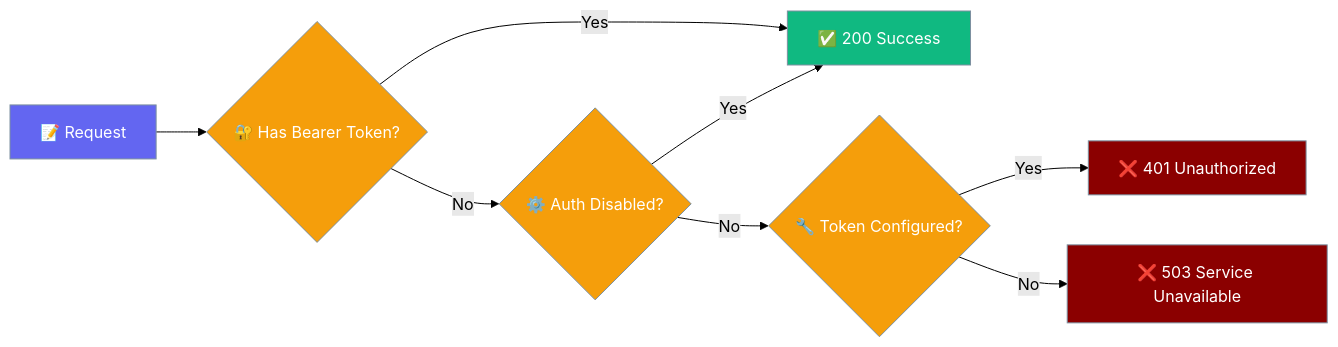
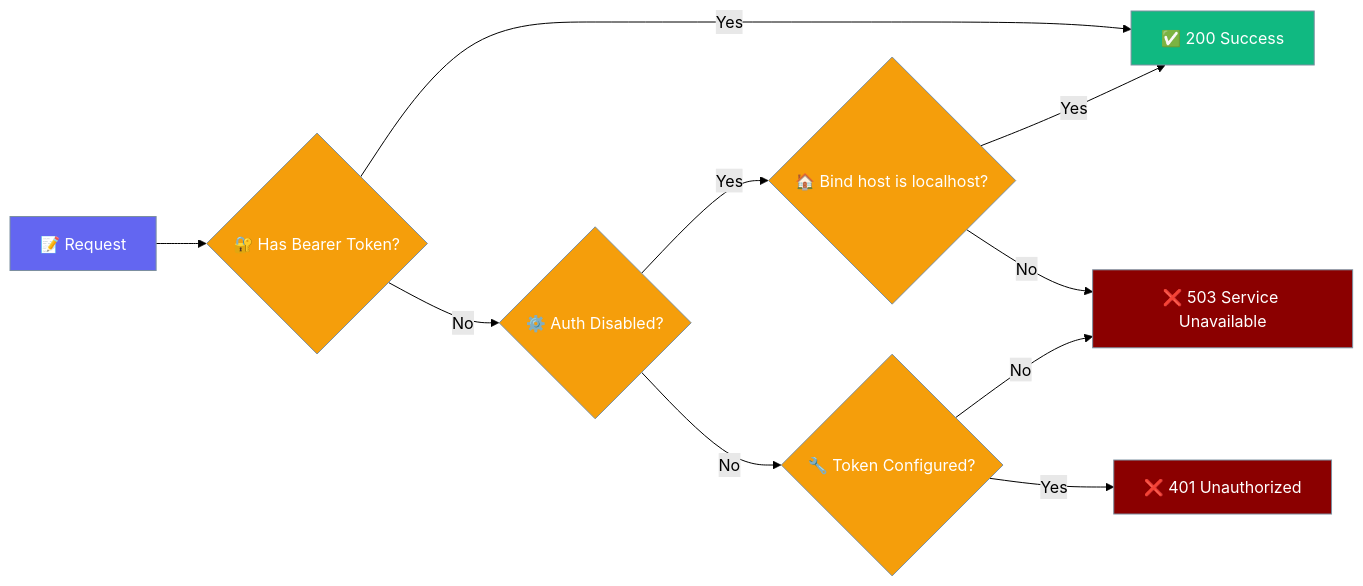
The first of 2 diagrams in docs/call.mdx (MervinPraison/PraisonAIDocs), drawn with Mermaid (forest theme) before and after one commit. The commit also changed other lines of this file, not shown here.

Commit message:
docs: update call.mdx for PRAISONAI_CALL_AUTH=disabled + PRAISONAI_CALL_BIND_HOST requirement (fixes #918)

````diff
--- a/docs/call.mdx
+++ b/docs/call.mdx
@@ -73,20 +88,22 @@
 ```mermaid
 graph LR
     A[📝 Request] --> B{🔐 Has Bearer Token?}
     B -->|Yes| C[✅ 200 Success]
     B -->|No| D{⚙️ Auth Disabled?}
-    D -->|Yes| C
+    D -->|Yes| H{🏠 Bind host is localhost?}
+    H -->|Yes| C
+    H -->|No| G[❌ 503 Service Unavailable]
     D -->|No| E{🔧 Token Configured?}
     E -->|Yes| F[❌ 401 Unauthorized]
-    E -->|No| G[❌ 503 Service Unavailable]
-    
+    E -->|No| G
+
     classDef request fill:#6366F1,stroke:#7C90A0,color:#fff
     classDef check fill:#F59E0B,stroke:#7C90A0,color:#fff
     classDef success fill:#10B981,stroke:#7C90A0,color:#fff
     classDef error fill:#8B0000,stroke:#7C90A0,color:#fff
-    
+
     class A request
-    class B,D,E check
+    class B,D,E,H check
     class C success
     class F,G error
 ```
````
